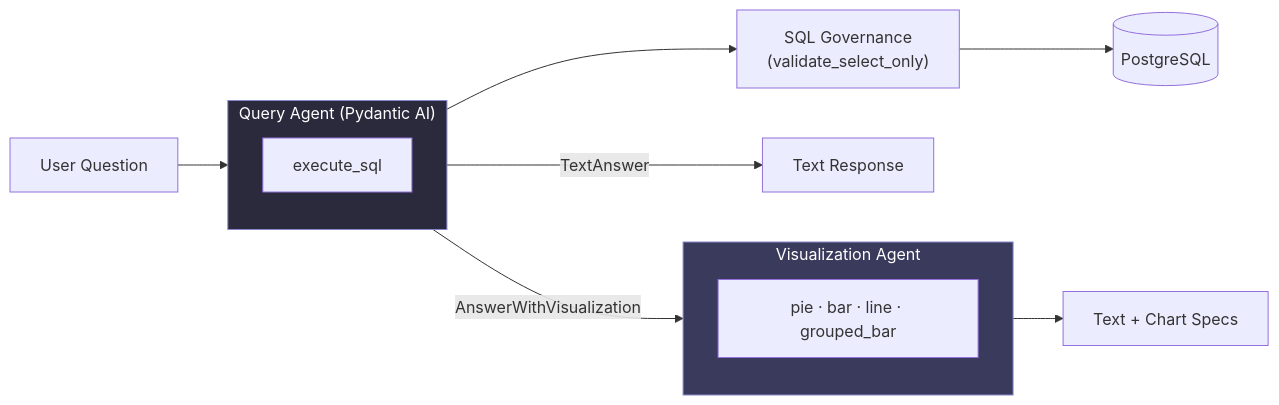
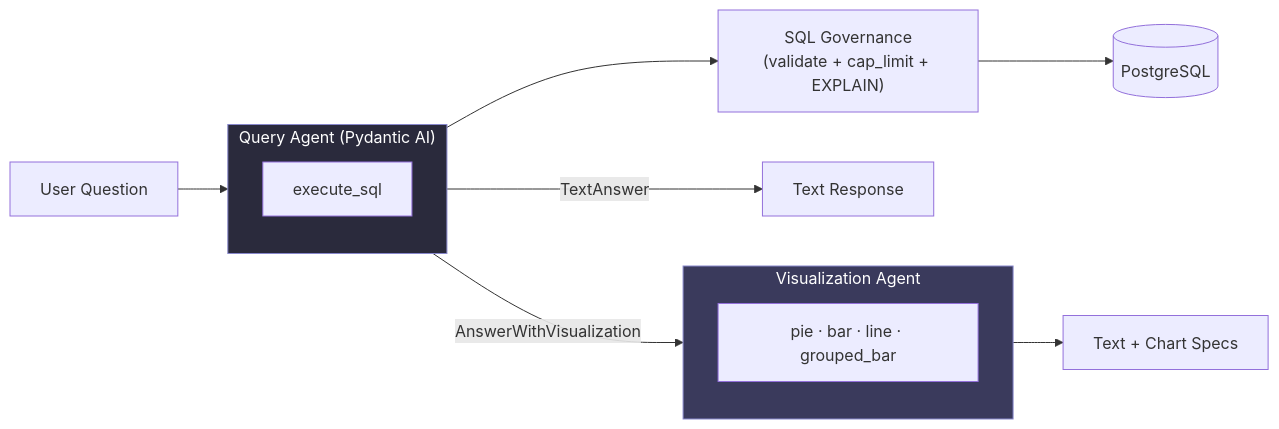
Before and after one commit to maxibove13/finance-query-agent: the first of 7 diagrams in README.md, drawn with Mermaid. The commit also changed other lines of this file and 32 other files, not shown here.

First line of the commit message:
feat: dynamic schema from SSM + connection pooling + conversation versioning [MPI-209]

````diff
--- a/README.md
+++ b/README.md
@@ -7,24 +7,24 @@
 ```mermaid
 graph LR
     Q["User Question"] --> QUERY_AGENT
 
     subgraph QUERY_AGENT["Query Agent (Pydantic AI)"]
         direction TB
         T1["execute_sql"]
     end
 
     QUERY_AGENT -->|"TextAnswer"| OUT_TEXT["Text Response"]
     QUERY_AGENT -->|"AnswerWithVisualization"| VIZ_AGENT
 
     subgraph VIZ_AGENT["Visualization Agent"]
         VIZ_OUT["pie · bar · line · grouped_bar"]
     end
 
     VIZ_AGENT --> OUT_VIZ["Text + Chart Specs"]
 
-    T1 --> GOV["SQL Governance<br/>(validate_select_only)"]
+    T1 --> GOV["SQL Governance<br/>(validate + cap_limit + EXPLAIN)"]
     GOV --> PG[("PostgreSQL")]
 
     style QUERY_AGENT fill:#2a2a3c,stroke:#88c,color:#fff
     style VIZ_AGENT fill:#3a3a5c,stroke:#88c,color:#fff
 ```
````
